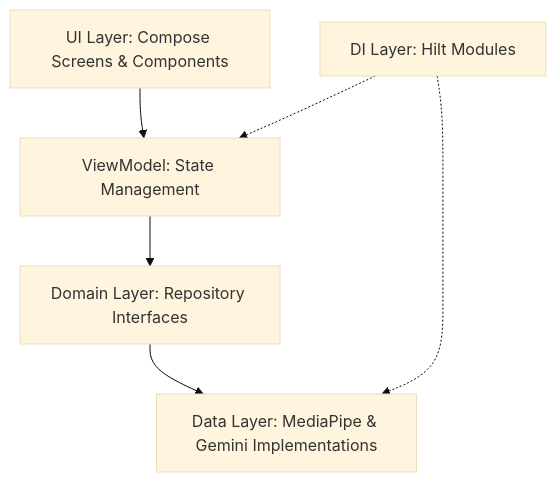
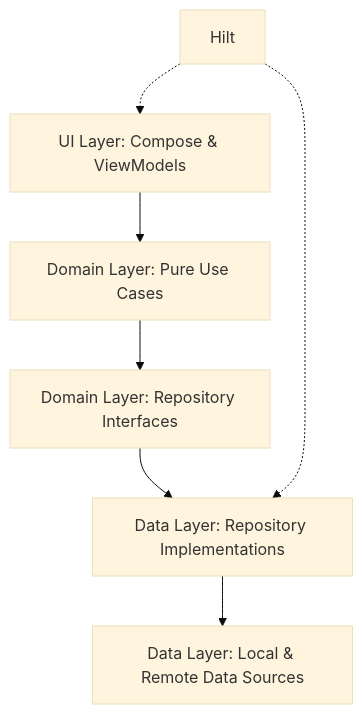
The diagram in README.md (sumitbhondave/Simple-MobileAISuite), drawn with Mermaid (base theme) before and after one commit. The commit also changed other lines of this file and 1 other file, not shown here.

````diff
--- a/README.md
+++ b/README.md
@@ -53,8 +48,9 @@
 ```mermaid
 graph TD
-    UI[UI Layer: Compose Screens & Components] --> VM[ViewModel: State Management]
-    VM --> Domain[Domain Layer: Repository Interfaces]
-    Domain --> Data[Data Layer: MediaPipe & Gemini Implementations]
-    DI[DI Layer: Hilt Modules] -.-> VM
-    DI -.-> Data
+    UI[UI Layer: Compose & ViewModels] --> UseCase[Domain Layer: Pure Use Cases]
+    UseCase --> DomainRepo[Domain Layer: Repository Interfaces]
+    DomainRepo --> DataRepo[Data Layer: Repository Implementations]
+    DataRepo --> DataSource[Data Layer: Local & Remote Data Sources]
+    DI[Hilt] -.-> UI
+    DI -.-> DataRepo
 ```
````
